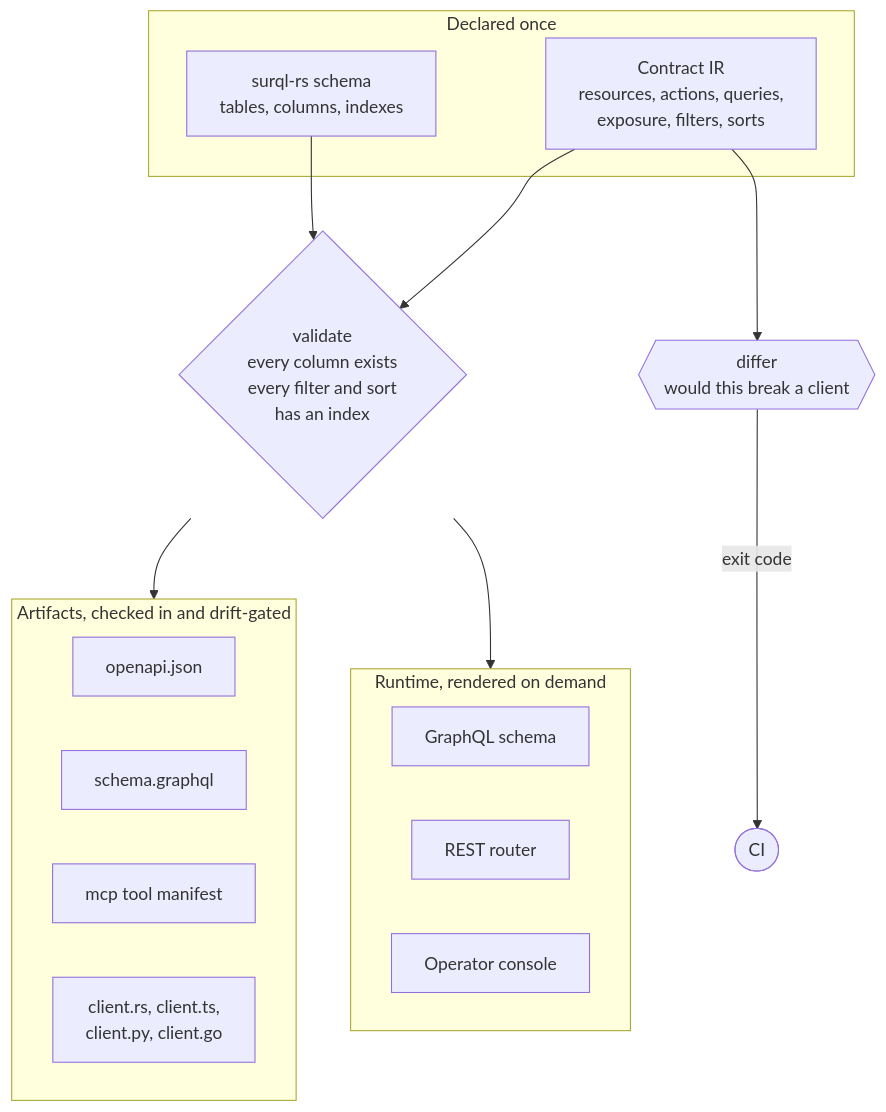
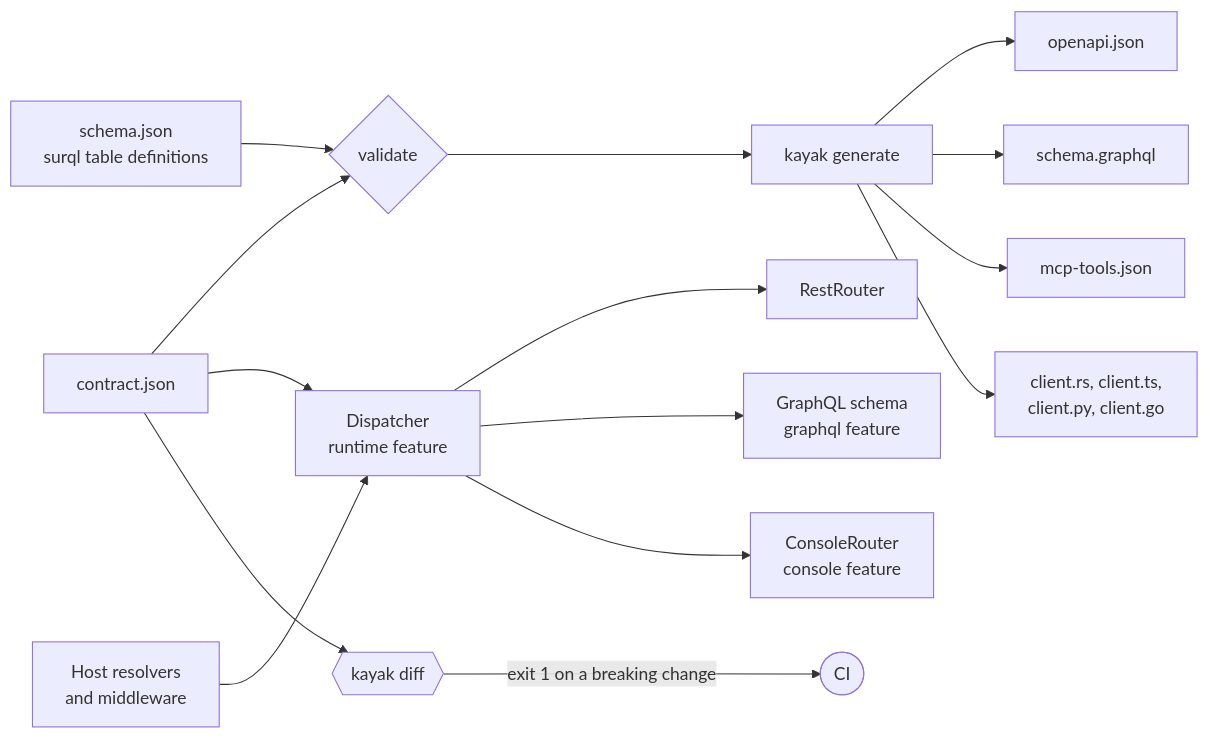
Before and after one commit to Oneiriq/kayak: the diagram in docs/README.md, drawn with Mermaid. The commit also changed other lines of this file and 17 other files, not shown here.

````diff
--- a/docs/README.md
+++ b/docs/README.md
@@ -24,29 +30,20 @@
 ```mermaid
-flowchart TB
-    subgraph declared [Declared once]
-        contract["Contract IR<br/>resources, actions, queries,<br/>exposure, filters, sorts"]
-        schema["surql-rs schema<br/>tables, columns, indexes"]
-    end
-
-    validate{"validate<br/>every column exists<br/>every filter and sort<br/>has an index"}
+flowchart LR
+    contract["contract.json"]
+    schema["schema.json<br/>surql table definitions"]
+    validate{"validate"}
     contract --> validate
     schema --> validate
-
-    subgraph artifacts ["Artifacts, checked in and drift-gated"]
-        openapi[openapi.json]
-        sdl[schema.graphql]
-        mcp[mcp tool manifest]
-        clients["client.rs, client.ts,<br/>client.py, client.go"]
-    end
-
-    subgraph live ["Runtime, rendered on demand"]
-        gql[GraphQL schema]
-        rest[REST router]
-        console[Operator console]
-    end
-
-    validate --> artifacts
-    validate --> live
-    contract --> differ{{"differ<br/>would this break a client"}}
-    differ -->|"exit code"| ci([CI])
+    validate --> generate["kayak generate"]
+    generate --> openapi["openapi.json"]
+    generate --> sdl["schema.graphql"]
+    generate --> mcp["mcp-tools.json"]
+    generate --> clients["client.rs, client.ts,<br/>client.py, client.go"]
+    contract --> dispatcher["Dispatcher<br/>runtime feature"]
+    resolvers["Host resolvers<br/>and middleware"] --> dispatcher
+    dispatcher --> rest["RestRouter"]
+    dispatcher --> gql["GraphQL schema<br/>graphql feature"]
+    dispatcher --> console["ConsoleRouter<br/>console feature"]
+    contract --> differ{{"kayak diff"}}
+    differ -->|"exit 1 on a breaking change"| ci(["CI"])
 ```
````
